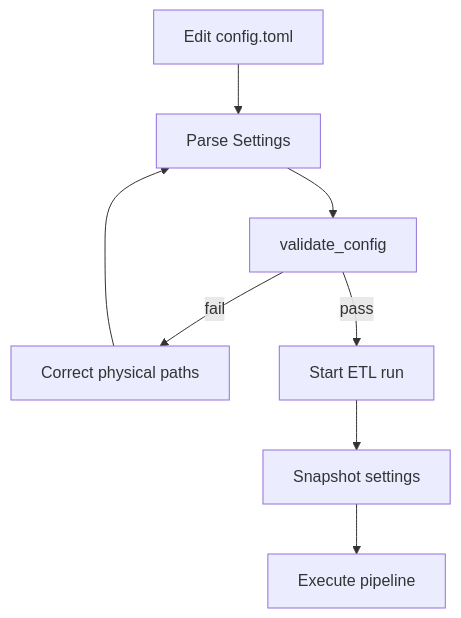
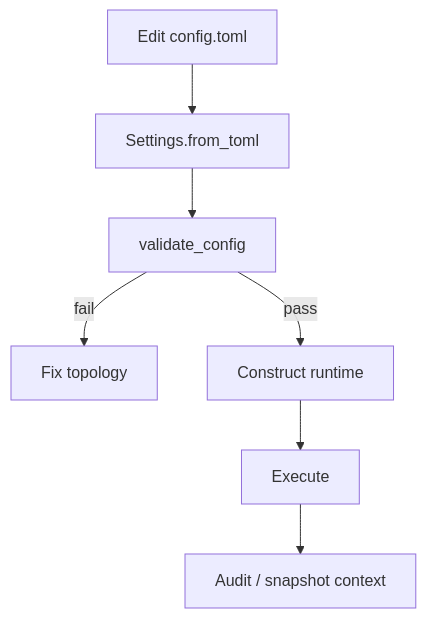
One commit to tks18/personal-finance-etl changed the seventh of 7 diagrams in docs/configuration/configuration-reference.md. Above: the diagram before and after it, drawn with Mermaid. The commit also changed other lines of this file and 3 other files, not shown here.

````diff
--- a/docs/configuration/configuration-reference.md
+++ b/docs/configuration/configuration-reference.md
@@ -258,10 +455,9 @@
 ```mermaid
 flowchart TD
-    EDIT[Edit config.toml] --> LOAD[Parse Settings]
-    LOAD --> VALIDATE[validate_config]
-    VALIDATE -->|fail| FIX[Correct physical paths]
-    FIX --> LOAD
-    VALIDATE -->|pass| RUN[Start ETL run]
-    RUN --> SNAP[Snapshot settings]
-    SNAP --> EXEC[Execute pipeline]
+    EDIT["Edit config.toml"] --> LOAD["Settings.from_toml"]
+    LOAD --> VALID["validate_config"]
+    VALID -->|fail| FIX["Fix topology"]
+    VALID -->|pass| BOOT["Construct runtime"]
+    BOOT --> RUN["Execute"]
+    RUN --> SNAP["Audit / snapshot context"]
 ```
````
